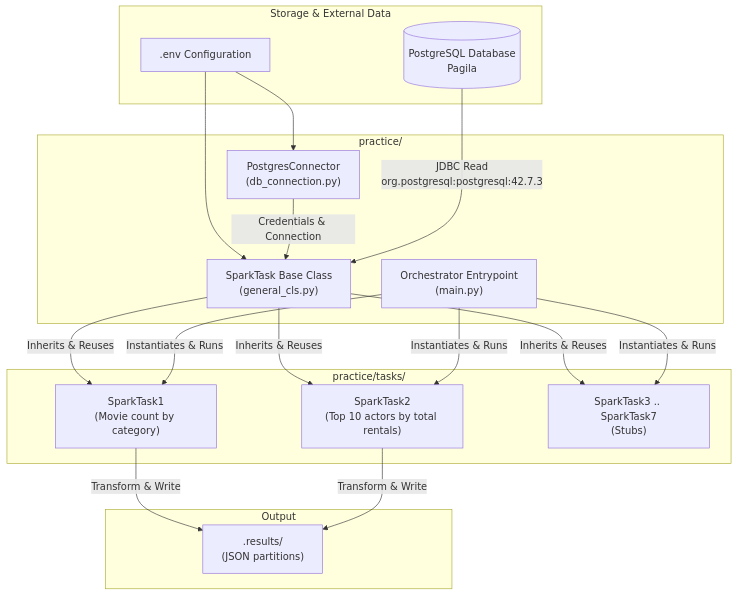
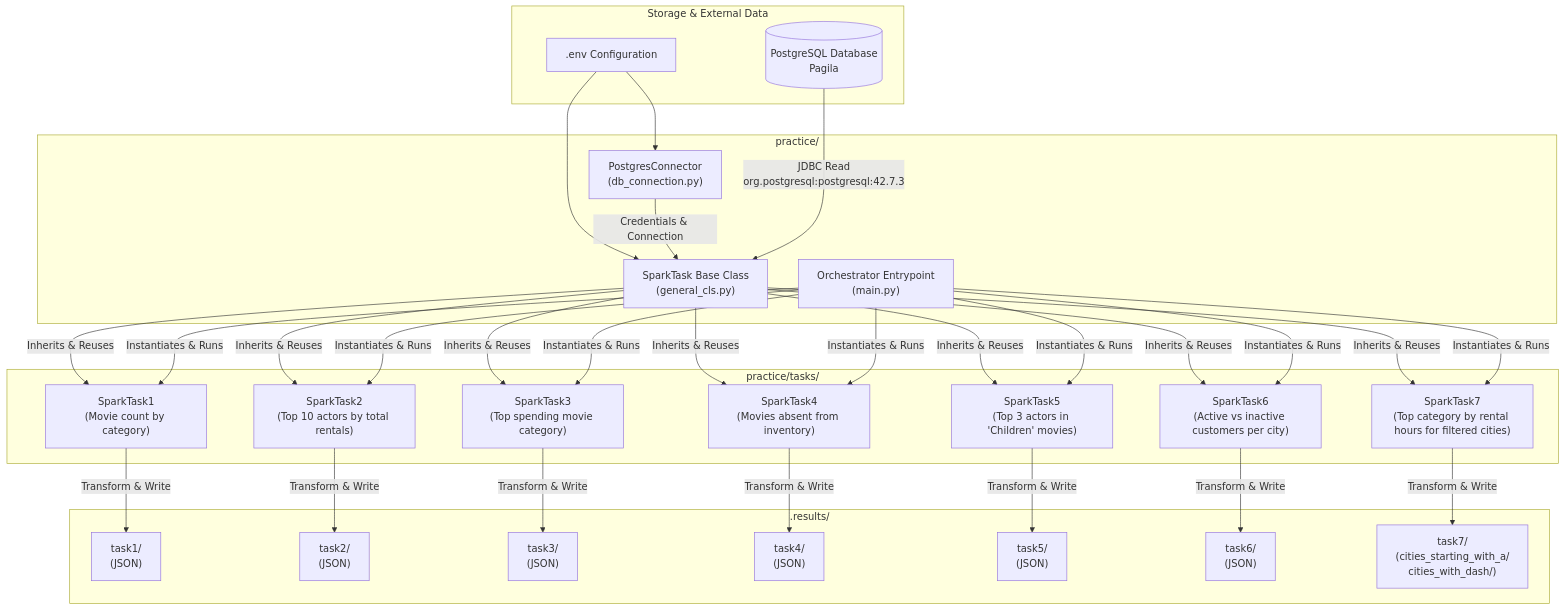
One commit to vbuyel/inno_spark changed the first of 3 diagrams in README.md. Above: the diagram before and after it, drawn with Mermaid. The commit also changed other lines of this file, not shown here.

````diff
--- a/README.md
+++ b/README.md
@@ -11,38 +11,61 @@
 ```mermaid
 flowchart TD
     subgraph Storage & External Data
         PG[(PostgreSQL Database\nPagila)]
         ENV[".env Configuration"]
     end
 
     subgraph Core Framework ["practice/"]
         PC["PostgresConnector\n(db_connection.py)"]
         ST["SparkTask Base Class\n(general_cls.py)"]
         MAIN["Orchestrator Entrypoint\n(main.py)"]
     end
 
     subgraph Tasks ["practice/tasks/"]
         T1["SparkTask1\n(Movie count by category)"]
         T2["SparkTask2\n(Top 10 actors by total rentals)"]
-        TN["SparkTask3 .. SparkTask7\n(Stubs)"]
+        T3["SparkTask3\n(Top spending movie category)"]
+        T4["SparkTask4\n(Movies absent from inventory)"]
+        T5["SparkTask5\n(Top 3 actors in 'Children' movies)"]
+        T6["SparkTask6\n(Active vs inactive customers per city)"]
+        T7["SparkTask7\n(Top category by rental hours for filtered cities)"]
     end
 
-    subgraph Output
-        OUT[".results/\n(JSON partitions)"]
+    subgraph Output [".results/"]
+        OUT1["task1/\n(JSON)"]
+        OUT2["task2/\n(JSON)"]
+        OUT3["task3/\n(JSON)"]
+        OUT4["task4/\n(JSON)"]
+        OUT5["task5/\n(JSON)"]
+        OUT6["task6/\n(JSON)"]
+        OUT7["task7/\n(cities_starting_with_a/\ncities_with_dash/)"]
     end
 
     ENV --> PC
     ENV --> ST
     PC -->|Credentials & Connection| ST
     ST -->|Inherits & Reuses| T1
     ST -->|Inherits & Reuses| T2
-    ST -->|Inherits & Reuses| TN
+    ST -->|Inherits & Reuses| T3
+    ST -->|Inherits & Reuses| T4
+    ST -->|Inherits & Reuses| T5
+    ST -->|Inherits & Reuses| T6
+    ST -->|Inherits & Reuses| T7
 
     MAIN -->|Instantiates & Runs| T1
     MAIN -->|Instantiates & Runs| T2
-    MAIN -->|Instantiates & Runs| TN
+    MAIN -->|Instantiates & Runs| T3
+    MAIN -->|Instantiates & Runs| T4
+    MAIN -->|Instantiates & Runs| T5
+    MAIN -->|Instantiates & Runs| T6
+    MAIN -->|Instantiates & Runs| T7
 
     PG -->|JDBC Read\norg.postgresql:postgresql:42.7.3| ST
-    T1 -->|Transform & Write| OUT
-    T2 -->|Transform & Write| OUT
+    T1 -->|Transform & Write| OUT1
+    T2 -->|Transform & Write| OUT2
+    T3 -->|Transform & Write| OUT3
+    T4 -->|Transform & Write| OUT4
+    T5 -->|Transform & Write| OUT5
+    T6 -->|Transform & Write| OUT6
+    T7 -->|Transform & Write| OUT7
 ```
````
